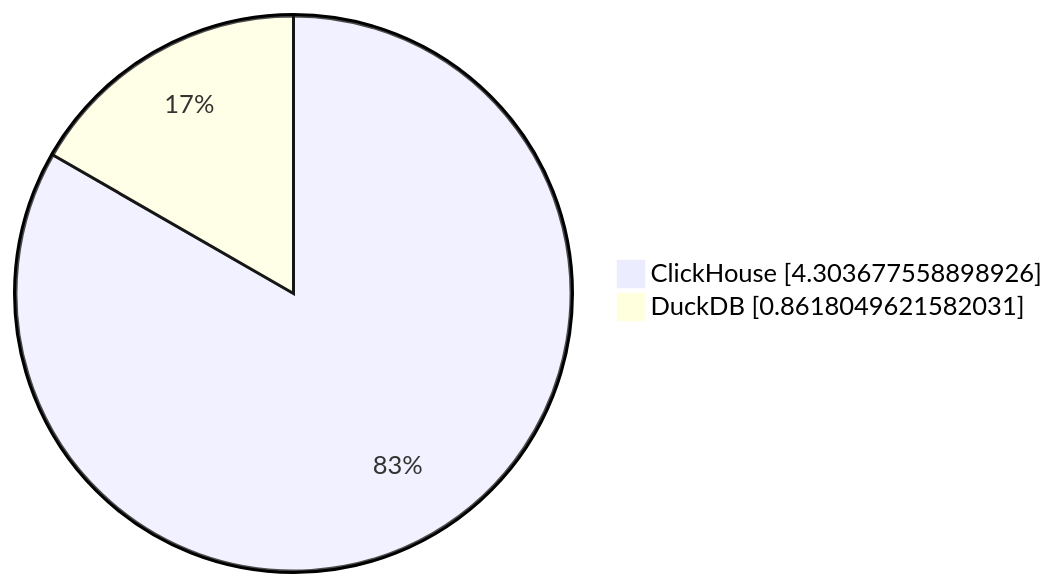
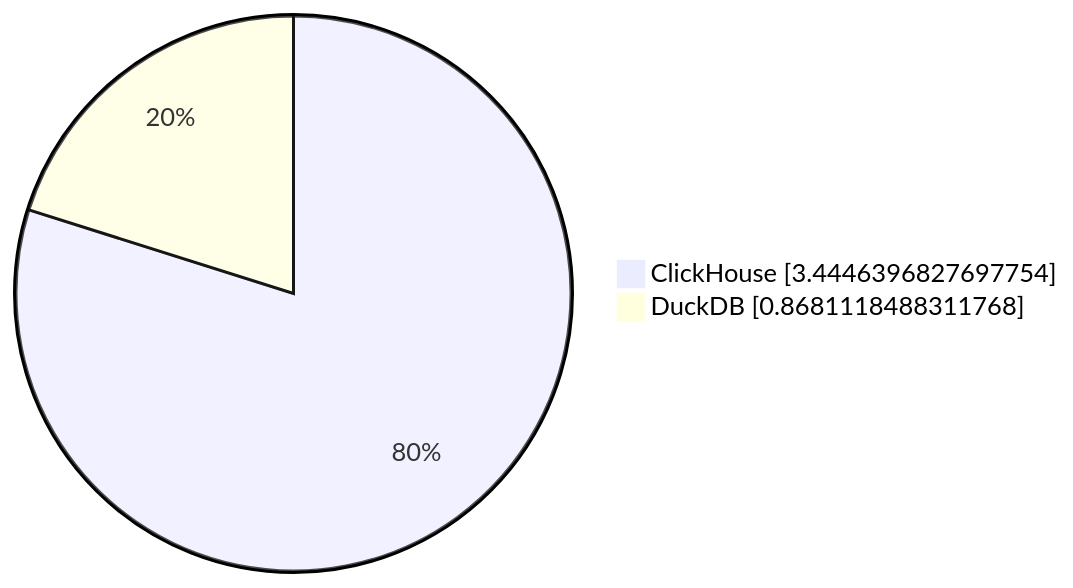
The seventh of 7 diagrams in parquet/performance/results/nyc_taxi/23.11.1.2711-alpine/README.md (Altinity/clickhouse-regression), drawn with Mermaid before and after one commit. The commit also changed other lines of this file and 8 other files, not shown here.

````diff
--- a/parquet/performance/results/nyc_taxi/23.11.1.2711-alpine/README.md
+++ b/parquet/performance/results/nyc_taxi/23.11.1.2711-alpine/README.md
@@ -70,5 +70,5 @@
 ```mermaid
      pie showData
-         "ClickHouse" : 4.303677558898926
-         "DuckDB" : 0.8618049621582031
+         "ClickHouse" : 3.4446396827697754
+         "DuckDB" : 0.8681118488311768
 ```
````
